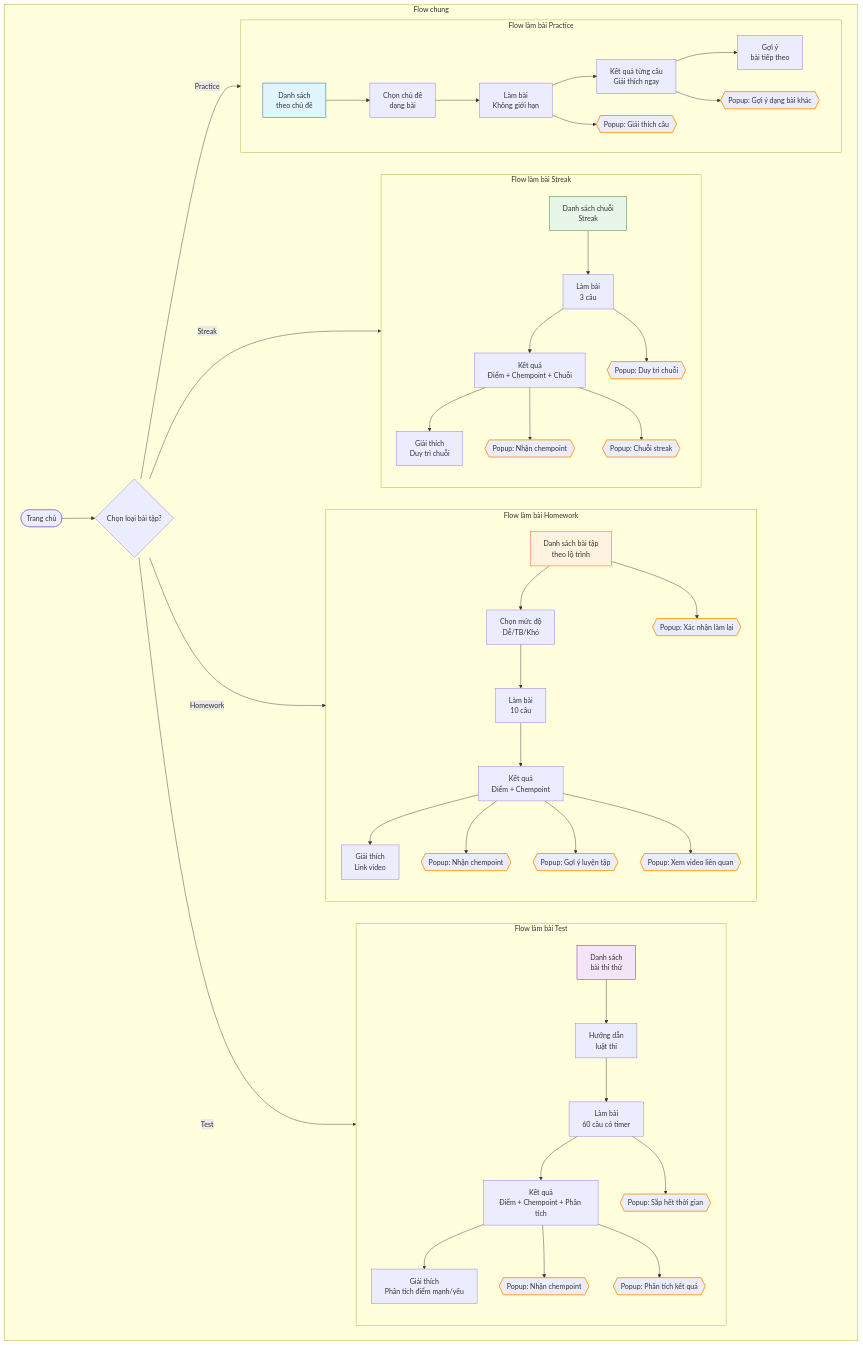
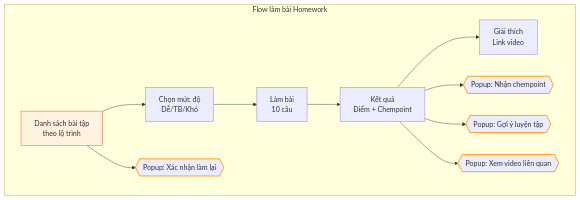
The second of 5 diagrams in README.md (ongbadayhoa/study), drawn with Mermaid before and after one commit.

````diff
--- a/README.md
+++ b/README.md
@@ -44,55 +64,15 @@
 ```mermaid
 flowchart TD
-    subgraph "Flow chung"
-        Start([Trang chủ]) --> Select{Chọn loại bài tập?}
-        Select -- Streak --> StreakFlow
-        Select -- Homework --> HomeworkFlow
-        Select -- Test --> TestFlow
-        Select -- Practice --> PracticeFlow
-    end
-    
-    subgraph StreakFlow[Flow làm bài Streak]
-        S1[Danh sách chuỗi\nStreak] --> S2[Làm bài\n3 câu]
-        S2 --> S3[Kết quả\nĐiểm + Chempoint + Chuỗi]
-        S3 --> S4[Giải thích\nDuy trì chuỗi]
-        S2 --> SP1{{Popup: Duy trì chuỗi}}:::popup
-        S3 --> SP2{{Popup: Nhận chempoint}}:::popup
-        S3 --> SP3{{Popup: Chuỗi streak}}:::popup
-        style S1 fill:#e8f5e9,stroke:#2e7d32
-    end
-    
     subgraph HomeworkFlow[Flow làm bài Homework]
         H1[Danh sách bài tập\ntheo lộ trình] --> H2[Chọn mức độ\nDễ/TB/Khó]
         H2 --> H3[Làm bài\n10 câu]
         H3 --> H4[Kết quả\nĐiểm + Chempoint]
         H4 --> H5[Giải thích\nLink video]
         H1 --> HP1{{Popup: Xác nhận làm lại}}:::popup
         H4 --> HP2{{Popup: Nhận chempoint}}:::popup
         H4 --> HP3{{Popup: Gợi ý luyện tập}}:::popup
         H4 --> HP4{{Popup: Xem video liên quan}}:::popup
         style H1 fill:#fff3e0,stroke:#e65100
     end
-    
-    subgraph TestFlow[Flow làm bài Test]
-        T1[Danh sách\nbài thi thử] --> T2[Hướng dẫn\nluật thi]
-        T2 --> T3[Làm bài\n60 câu có timer]
-        T3 --> T4[Kết quả\nĐiểm + Chempoint + Phân tích]
-        T4 --> T5[Giải thích\nPhân tích điểm mạnh/yếu]
-        T3 --> TP1{{Popup: Sắp hết thời gian}}:::popup
-        T4 --> TP2{{Popup: Nhận chempoint}}:::popup
-        T4 --> TP3{{Popup: Phân tích kết quả}}:::popup
-        style T1 fill:#f3e5f5,stroke:#6a1b9a
-    end
-    
-    subgraph PracticeFlow[Flow làm bài Practice]
-        P1[Danh sách\ntheo chủ đề] --> P2[Chọn chủ đề\ndạng bài]
-        P2 --> P3[Làm bài\nKhông giới hạn]
-        P3 --> P4[Kết quả từng câu\nGiải thích ngay]
-        P4 --> P5[Gợi ý\nbài tiếp theo]
-        P3 --> PP1{{Popup: Giải thích câu}}:::popup
-        P4 --> PP2{{Popup: Gợi ý dạng bài khác}}:::popup
-        style P1 fill:#e1f5fe,stroke:#01579b
-    end
-    
     classDef popup stroke:#ff9800,stroke-width:2px;
 ```
````
